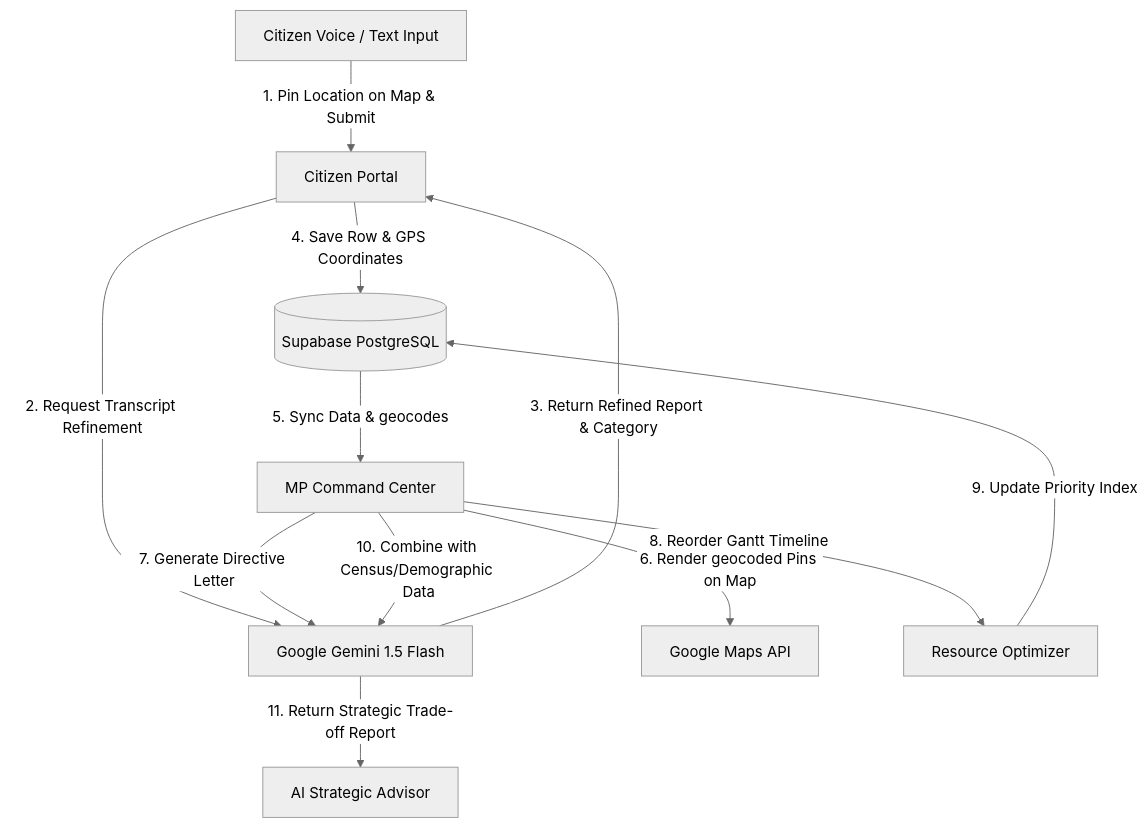
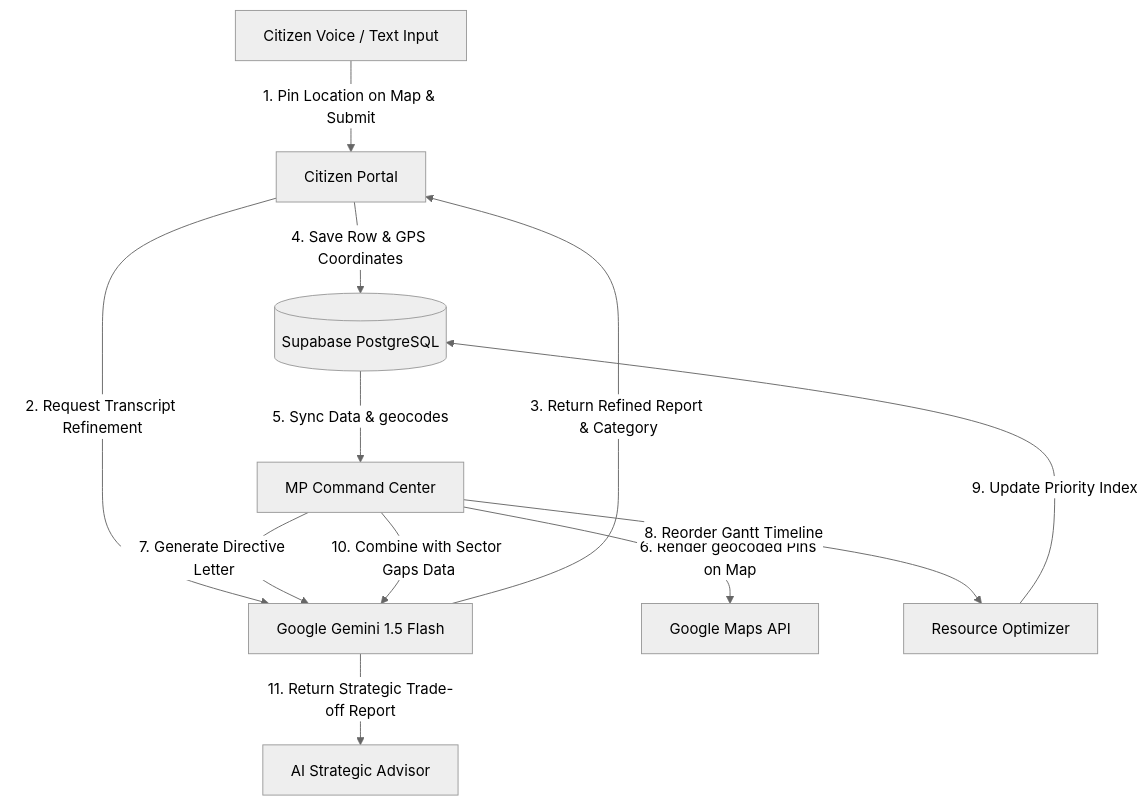
Before and after one commit to SahooShuvranshu/LokDrishti-AI: the diagram in present.md, drawn with Mermaid (neutral theme). The commit also changed other lines of this file, not shown here.

````diff
--- a/present.md
+++ b/present.md
@@ -31,15 +36,15 @@
 ```mermaid
 graph TD
     Citizen[Citizen Voice / Text Input] -->|1. Pin Location on Map & Submit| Portal[Citizen Portal]
     Portal -->|2. Request Transcript Refinement| Gemini[Google Gemini 1.5 Flash]
     Gemini -->|3. Return Refined Report & Category| Portal
     Portal -->|4. Save Row & GPS Coordinates| DB[(Supabase PostgreSQL)]
     
     DB -->|5. Sync Data & geocodes| Admin[MP Command Center]
     Admin -->|6. Render geocoded Pins on Map| Maps[Google Maps API]
     Admin -->|7. Generate Directive Letter| Gemini
     Admin -->|8. Reorder Gantt Timeline| Optimizer[Resource Optimizer]
     Optimizer -->|9. Update Priority Index| DB
-    Admin -->|10. Combine with Census/Demographic Data| Gemini
+    Admin -->|10. Combine with Sector Gaps Data| Gemini
     Gemini -->|11. Return Strategic Trade-off Report| Advisor[AI Strategic Advisor]
 ```
````
